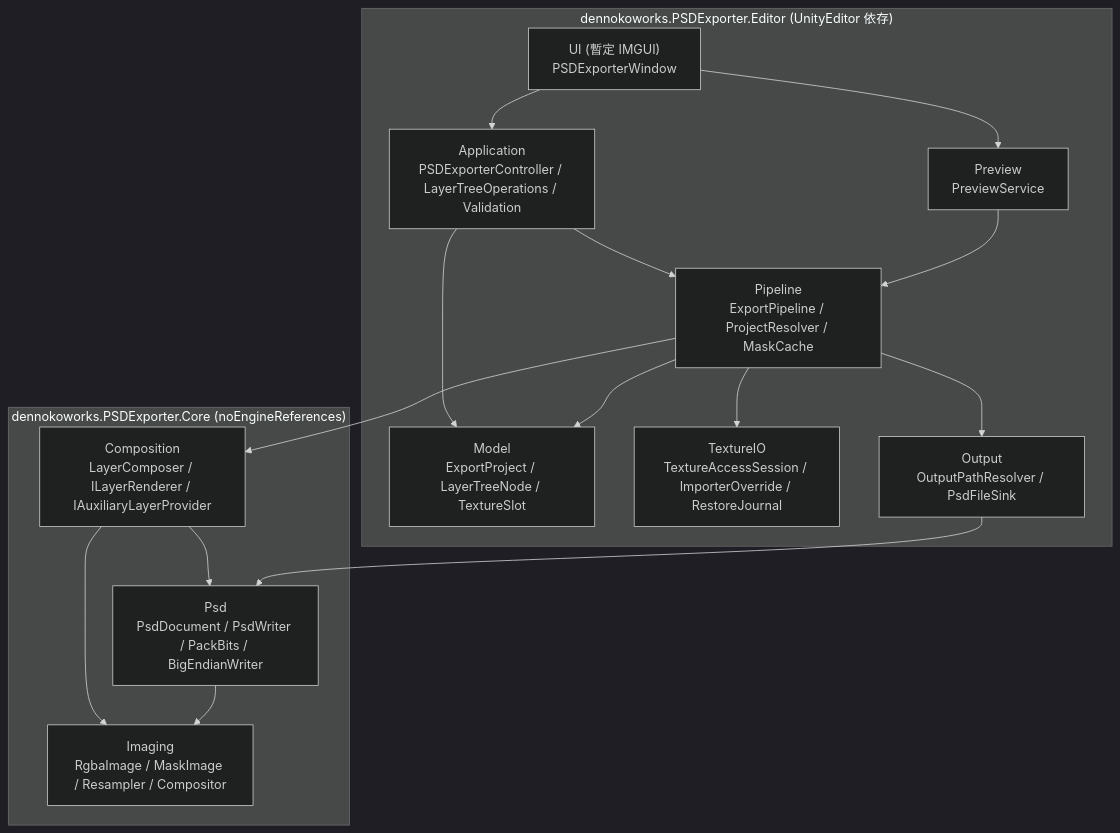
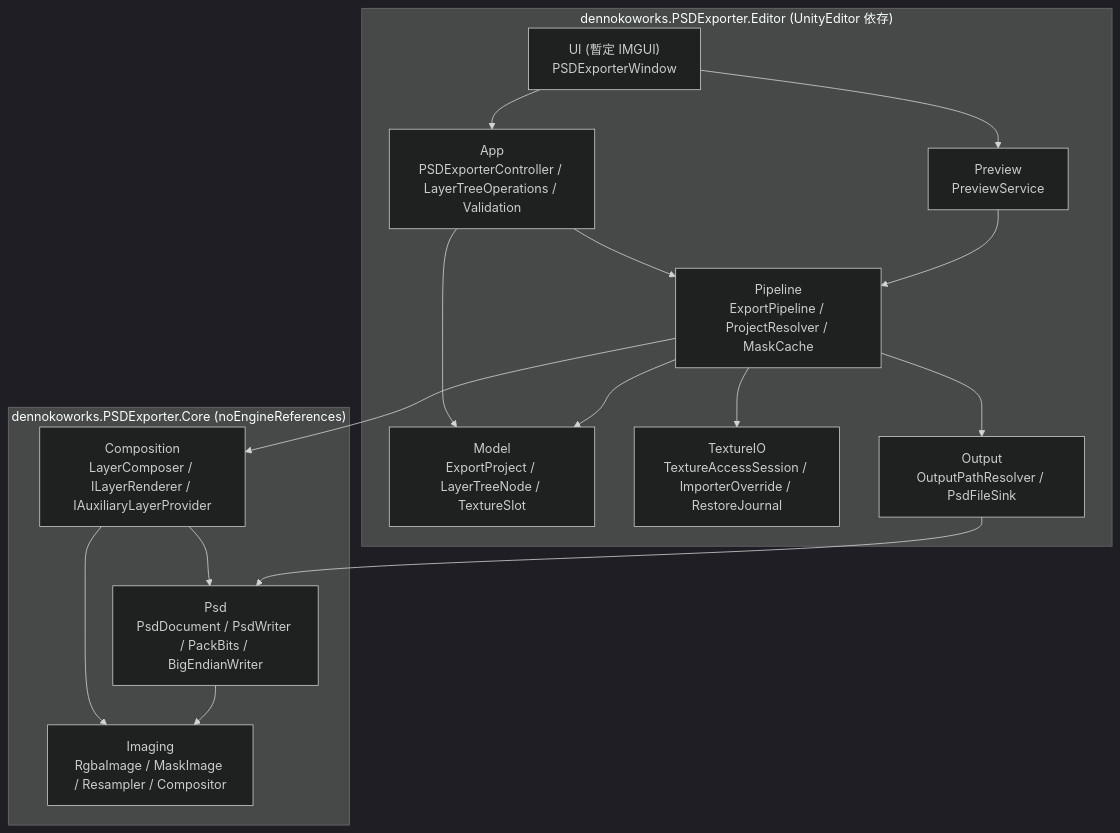
One commit to dennoko/PSDExporter changed the first of 2 diagrams in Docs/Impl/implementation_plan.md. Above: the diagram before and after it, drawn with Mermaid (dark theme). The commit also changed other lines of this file, not shown here.

````diff
--- a/Docs/Impl/implementation_plan.md
+++ b/Docs/Impl/implementation_plan.md
@@ -33,32 +33,32 @@
 ```mermaid
 graph TD
     subgraph Editor["dennokoworks.PSDExporter.Editor (UnityEditor 依存)"]
         UI["UI (暫定 IMGUI)<br/>PSDExporterWindow"]
-        APP["Application<br/>PSDExporterController / LayerTreeOperations / Validation"]
+        APP["App<br/>PSDExporterController / LayerTreeOperations / Validation"]
         MODEL["Model<br/>ExportProject / LayerTreeNode / TextureSlot"]
         PIPE["Pipeline<br/>ExportPipeline / ProjectResolver / MaskCache"]
         TIO["TextureIO<br/>TextureAccessSession / ImporterOverride / RestoreJournal"]
         OUT["Output<br/>OutputPathResolver / PsdFileSink"]
         PREV["Preview<br/>PreviewService"]
     end
 
     subgraph Core["dennokoworks.PSDExporter.Core (noEngineReferences)"]
         COMP["Composition<br/>LayerComposer / ILayerRenderer / IAuxiliaryLayerProvider"]
         IMG["Imaging<br/>RgbaImage / MaskImage / Resampler / Compositor"]
         PSD["Psd<br/>PsdDocument / PsdWriter / PackBits / BigEndianWriter"]
     end
 
     UI --> APP
     UI --> PREV
     APP --> MODEL
     APP --> PIPE
     PREV --> PIPE
     PIPE --> MODEL
     PIPE --> TIO
     PIPE --> OUT
     PIPE --> COMP
     COMP --> IMG
     COMP --> PSD
     PSD --> IMG
     OUT --> PSD
 ```
````
